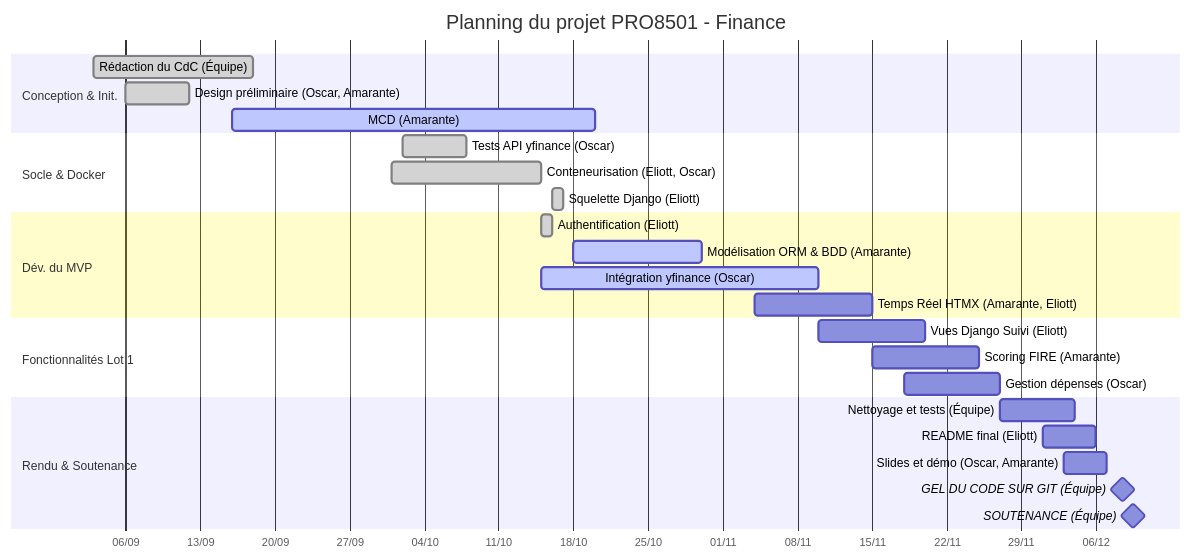
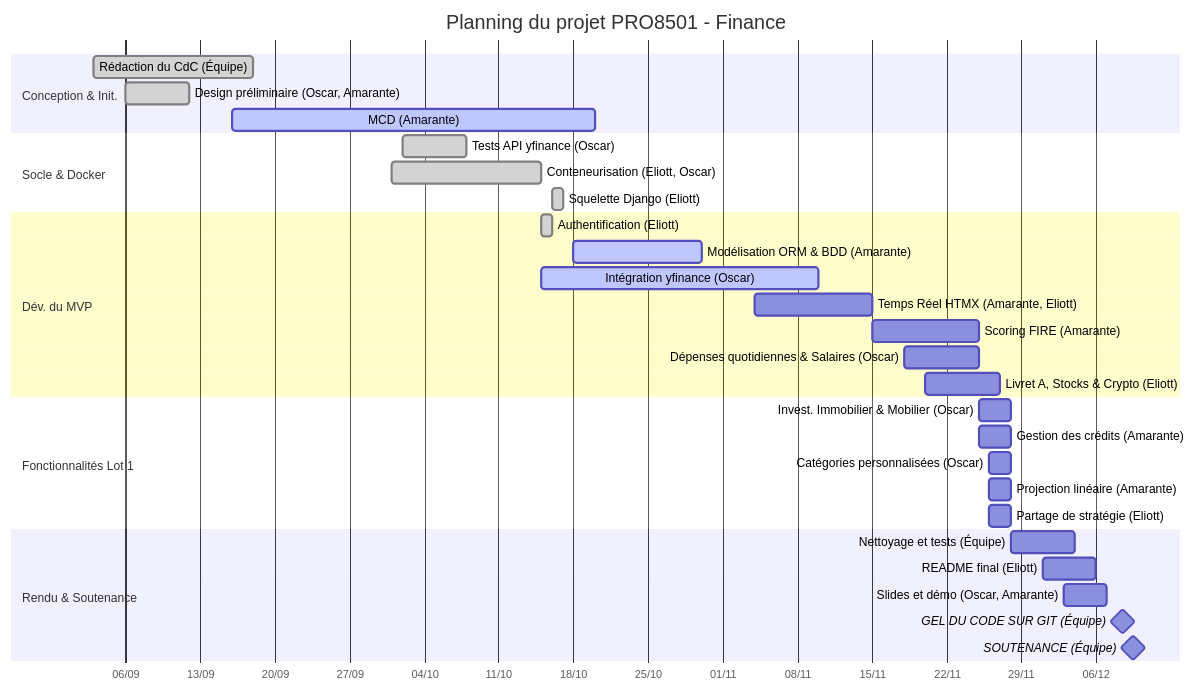
Before and after one commit to joliott/CailleOfWallStreet: the diagram in test.md, drawn with Mermaid.

````diff
--- a/test.md
+++ b/test.md
@@ -6,34 +6,39 @@
 ```mermaid
 gantt
     title Planning du projet PRO8501 - Finance
     dateFormat  YYYY-MM-DD
     axisFormat  %d/%m
 
     section Conception & Init.
     Rédaction du CdC (Équipe)             :done, 2026-09-03, 2026-09-18
     Design préliminaire (Oscar, Amarante) :done, 2026-09-06, 2026-09-12
     MCD (Amarante)                        :active, 2026-09-16, 2026-10-20
 
     section Socle & Docker
     Tests API yfinance (Oscar)            :done, 2026-10-02, 2026-10-08
     Conteneurisation (Eliott, Oscar)      :done, 2026-10-01, 2026-10-15
     Squelette Django (Eliott)             :done, 2026-10-16, 1d
 
     section Dév. du MVP
     Authentification (Eliott)             :done, 2026-10-15, 2026-10-16
     Modélisation ORM & BDD (Amarante)     :active, 2026-10-18, 2026-10-30
     Intégration yfinance (Oscar)          :active, 2026-10-15, 2026-11-10
     Temps Réel HTMX (Amarante, Eliott)    :2026-11-04, 2026-11-15
+    Scoring FIRE (Amarante)               :2026-11-15, 2026-11-25
+    Dépenses quotidiennes & Salaires (Oscar):2026-11-18, 2026-11-25
+    Livret A, Stocks & Crypto (Eliott)    :2026-11-20, 2026-11-27
 
     section Fonctionnalités Lot 1
-    Vues Django Suivi (Eliott)            :2026-11-10, 2026-11-20
-    Scoring FIRE (Amarante)               :2026-11-15, 2026-11-25
-    Gestion dépenses (Oscar)              :2026-11-18, 2026-11-27
+    Invest. Immobilier & Mobilier (Oscar) :2026-11-25, 2026-11-28
+    Gestion des crédits (Amarante)        :2026-11-25, 2026-11-28
+    Catégories personnalisées (Oscar)     :2026-11-26, 2026-11-28
+    Projection linéaire (Amarante)        :2026-11-26, 2026-11-28
+    Partage de stratégie (Eliott)         :2026-11-26, 2026-11-28
 
     section Rendu & Soutenance
-    Nettoyage et tests (Équipe)           :2026-11-27, 2026-12-04
+    Nettoyage et tests (Équipe)           :2026-11-28, 2026-12-04
     README final (Eliott)                 :2026-12-01, 2026-12-06
     Slides et démo (Oscar, Amarante)      :2026-12-03, 2026-12-07
     GEL DU CODE SUR GIT (Équipe)          :milestone, 2026-12-08, 1d
     SOUTENANCE (Équipe)                   :milestone, 2026-12-09, 1d
 ```
````
